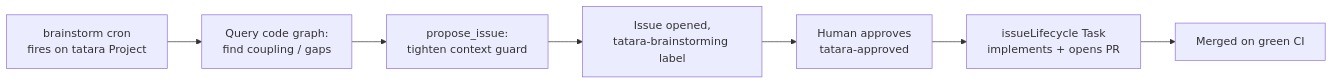
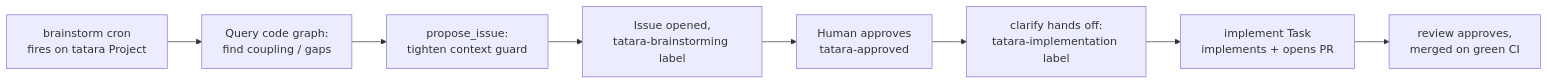
The first of 2 diagrams in docs/concepts/self-improvement.md (szymonrychu/tatara-documentation), drawn with Mermaid before and after one commit. The commit also changed other lines of this file and 38 other files, not shown here.

````diff
--- a/docs/concepts/self-improvement.md
+++ b/docs/concepts/self-improvement.md
@@ -65,9 +65,10 @@
 ```mermaid
 flowchart LR
     A[brainstorm cron<br/>fires on tatara Project] --> B[Query code graph:<br/>find coupling / gaps]
     B --> C[propose_issue:<br/>tighten context guard]
     C --> D[Issue opened,<br/>tatara-brainstorming label]
     D --> E[Human approves<br/>tatara-approved]
-    E --> F[issueLifecycle Task<br/>implements + opens PR]
-    F --> G[Merged on green CI]
+    E --> F[clarify hands off:<br/>tatara-implementation label]
+    F --> G[implement Task<br/>implements + opens PR]
+    G --> H[review approves,<br/>merged on green CI]
 ```
````
